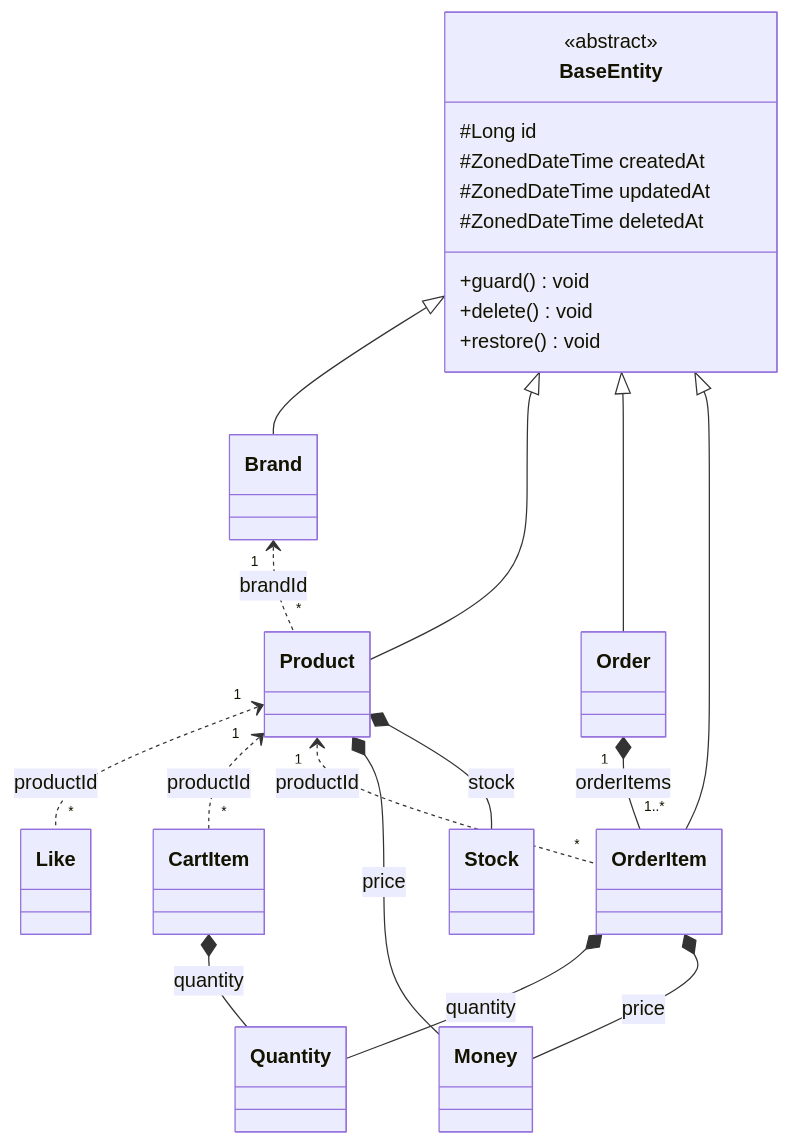
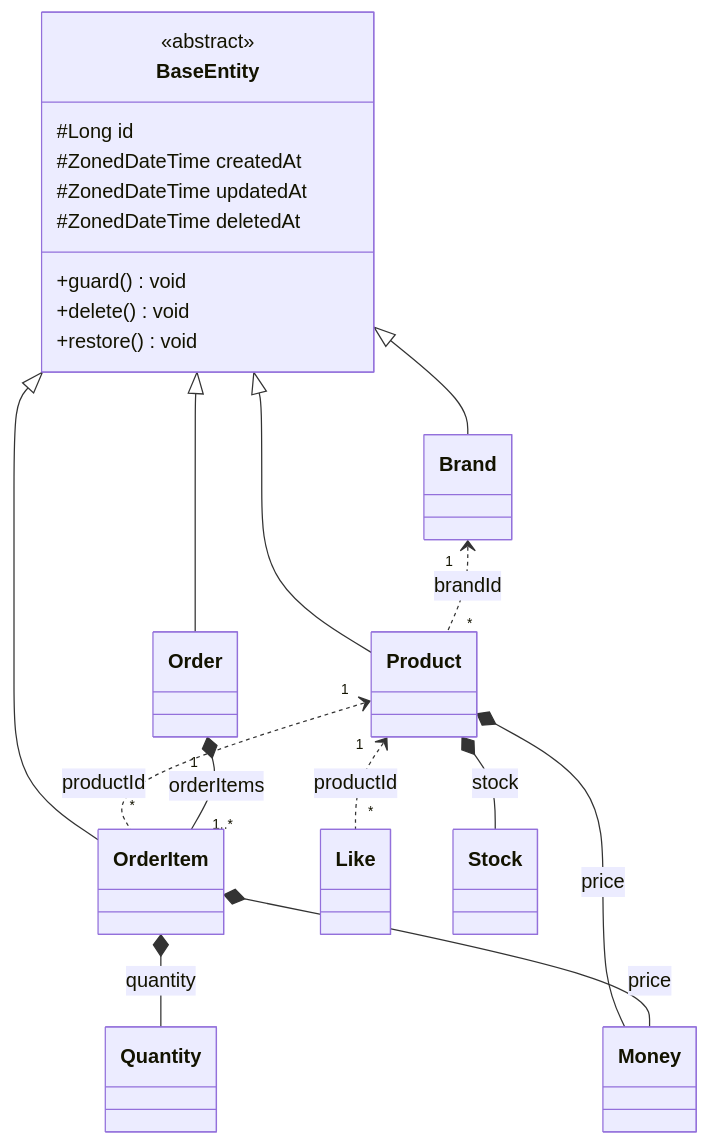
The first of 5 diagrams in .docs/design/03-class-diagrams.md (Loopers-dev-lab/loop-pack-be-l2-vol3-java), drawn with Mermaid before and after one commit. The commit also changed other lines of this file and 3 other files, not shown here.

````diff
--- a/.docs/design/03-class-diagrams.md
+++ b/.docs/design/03-class-diagrams.md
@@ -42,32 +42,30 @@
 ```mermaid
 classDiagram
     direction TB
 
     class BaseEntity {
         <<abstract>>
         #Long id
         #ZonedDateTime createdAt
         #ZonedDateTime updatedAt
         #ZonedDateTime deletedAt
         +guard() void
         +delete() void
         +restore() void
     }
 
     BaseEntity <|-- Brand
     BaseEntity <|-- Product
     BaseEntity <|-- Order
     BaseEntity <|-- OrderItem
 
     Brand "1" <.. "*" Product : brandId
     Product "1" <.. "*" Like : productId
-    Product "1" <.. "*" CartItem : productId
     Product "1" <.. "*" OrderItem : productId
     Order "1" *-- "1..*" OrderItem : orderItems
 
     Product *-- Money : price
     Product *-- Stock : stock
-    CartItem *-- Quantity : quantity
     OrderItem *-- Quantity : quantity
     OrderItem *-- Money : price
 ```
````
